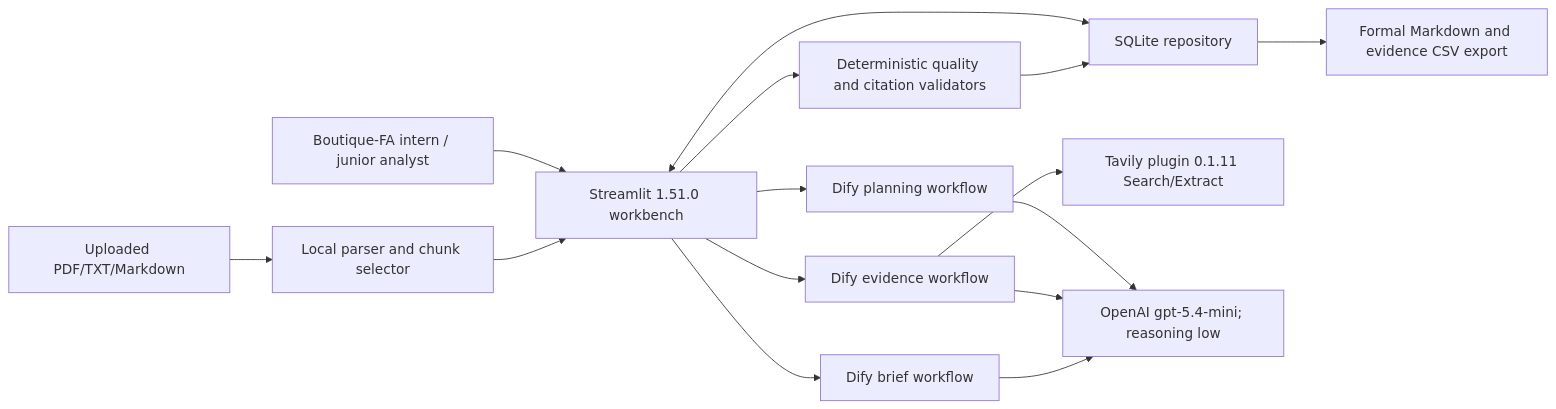
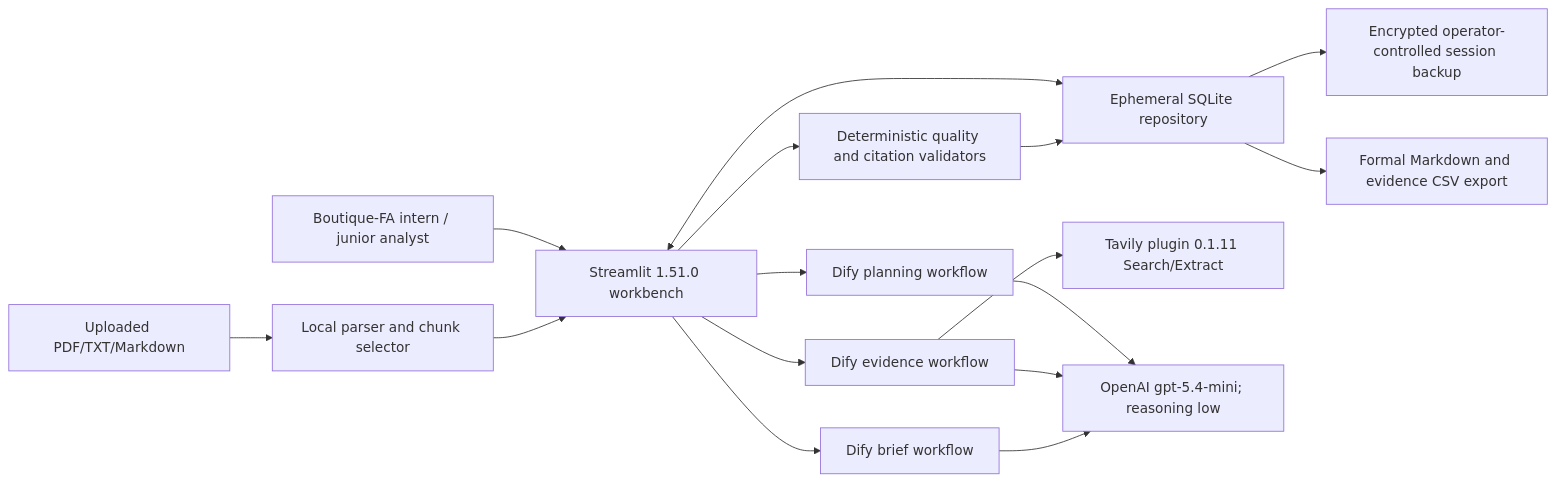
Before and after one commit to yicLionel/embodied-intelligence-research-workbench-mvp: the fifth of 5 diagrams in outputs/2026-08-11-embodied-intelligence-product-development-document.md, drawn with Mermaid. The commit also changed other lines of this file, not shown here.

````diff
--- a/outputs/2026-08-11-embodied-intelligence-product-development-document.md
+++ b/outputs/2026-08-11-embodied-intelligence-product-development-document.md
@@ -369,17 +376,18 @@
 ```mermaid
 flowchart LR
     U["Boutique-FA intern / junior analyst"] --> ST["Streamlit 1.51.0 workbench"]
     UF["Uploaded PDF/TXT/Markdown"] --> ING["Local parser and chunk selector"]
     ING --> ST
-    ST <--> DB["SQLite repository"]
+    ST <--> DB["Ephemeral SQLite repository"]
     ST --> DP["Dify planning workflow"]
     ST --> DE["Dify evidence workflow"]
     ST --> DBR["Dify brief workflow"]
     DE --> TV["Tavily plugin 0.1.11 Search/Extract"]
     DP --> OAI["OpenAI gpt-5.4-mini; reasoning low"]
     DE --> OAI
     DBR --> OAI
     ST --> QR["Deterministic quality and citation validators"]
     QR --> DB
+    DB --> BK["Encrypted operator-controlled session backup"]
     DB --> EX["Formal Markdown and evidence CSV export"]
 ```
````
